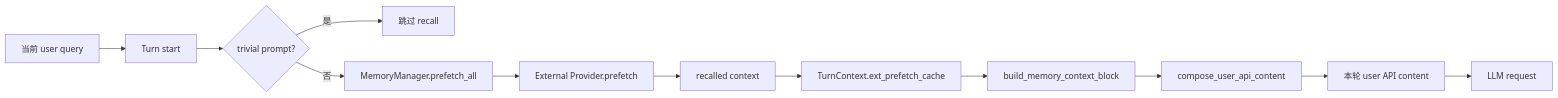
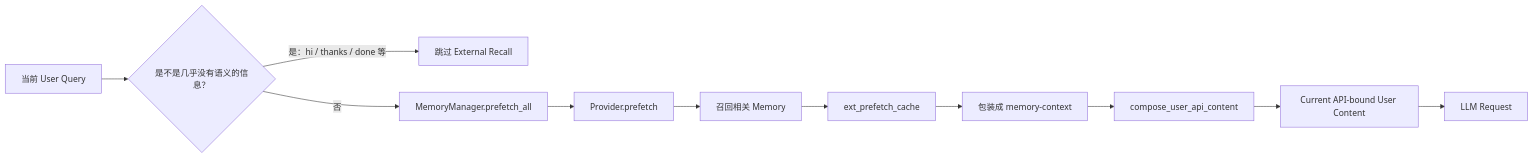
One commit to SodaWWater/AI-Learn changed diagram 14 of 15 in learning/hermes-vault/chapters/06-memory-history-external-provider.md. Above: the diagram before and after it, drawn with Mermaid. The commit also changed other lines of this file, not shown here.

Commit message:
docs: clarify Hermes memory architecture and teaching flow

````diff
--- a/learning/hermes-vault/chapters/06-memory-history-external-provider.md
+++ b/learning/hermes-vault/chapters/06-memory-history-external-provider.md
@@ -1205,14 +1617,13 @@
 ```mermaid
 flowchart LR
-    U["当前 user query"] --> TS["Turn start"]
-    TS --> G{"trivial prompt?"}
-    G -->|"是"| SKIP["跳过 recall"]
+    U["当前 User Query"] --> G{"是不是几乎没有语义的信息？"}
+    G -->|"是：hi / thanks / done 等"| SKIP["跳过 External Recall"]
     G -->|"否"| MM["MemoryManager.prefetch_all"]
-    MM --> P["External Provider.prefetch"]
-    P --> R["recalled context"]
-    R --> EC["TurnContext.ext_prefetch_cache"]
-    EC --> F["build_memory_context_block"]
+    MM --> P["Provider.prefetch"]
+    P --> R["召回相关 Memory"]
+    R --> EC["ext_prefetch_cache"]
+    EC --> F["包装成 memory-context"]
     F --> C["compose_user_api_content"]
-    C --> API["本轮 user API content"]
-    API --> LLM["LLM request"]
+    C --> API["Current API-bound User Content"]
+    API --> LLM["LLM Request"]
 ```
````
